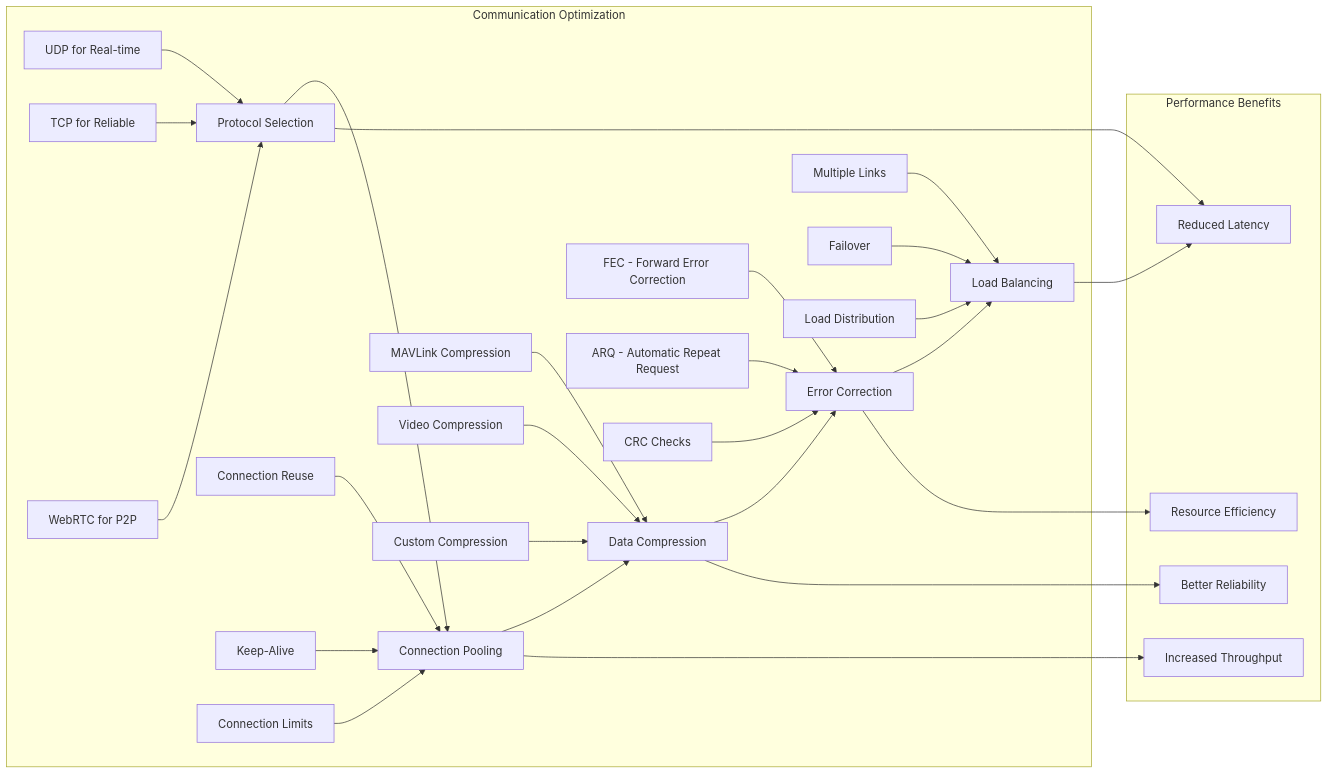
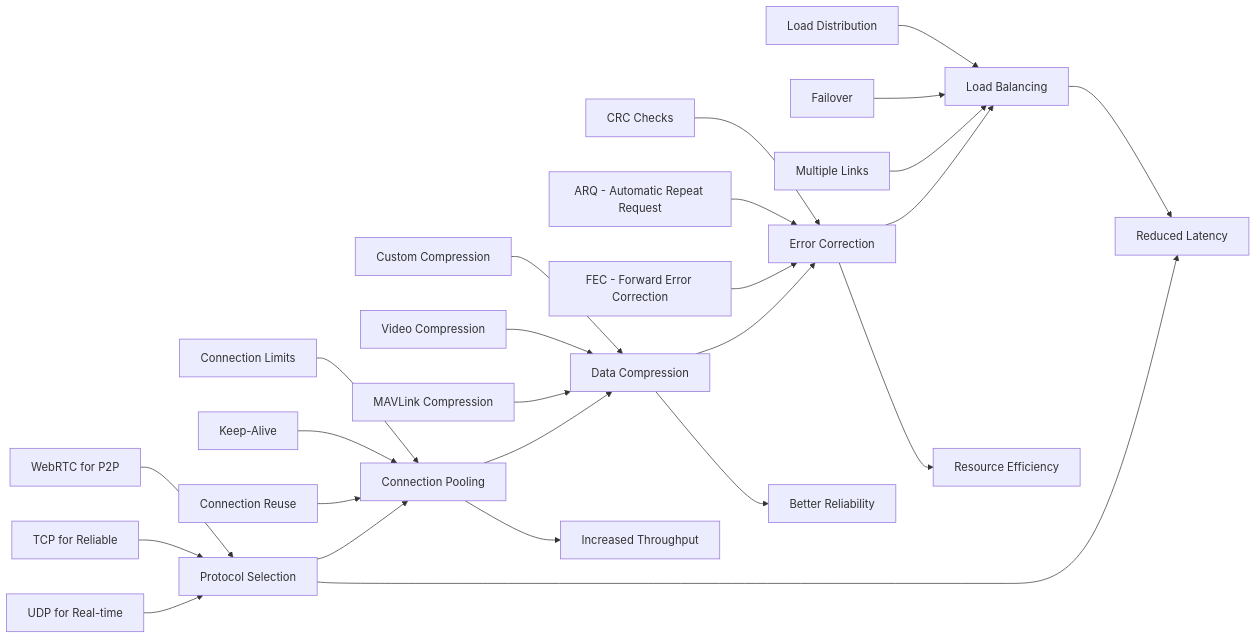
Before and after one commit to hsgang/qgroundcontrol: the seventh of 8 diagrams in QGroundControl_Data_Video_Architecture.md, drawn with Mermaid. The commit also changed other lines of this file, not shown here.

````diff
--- a/QGroundControl_Data_Video_Architecture.md
+++ b/QGroundControl_Data_Video_Architecture.md
@@ -506,42 +444,38 @@
 ```mermaid
 graph LR
-    subgraph "Communication Optimization"
-        A[Protocol Selection] --> B[Connection Pooling]
-        B --> C[Data Compression]
-        C --> D[Error Correction]
-        D --> E[Load Balancing]
-        
-        A1[UDP for Real-time] --> A
-        A2[TCP for Reliable] --> A
-        A3[WebRTC for P2P] --> A
-        
-        B1[Connection Reuse] --> B
-        B2[Keep-Alive] --> B
-        B3[Connection Limits] --> B
-        
-        C1[MAVLink Compression] --> C
-        C2[Video Compression] --> C
-        C3[Custom Compression] --> C
-        
-        D1[FEC - Forward Error Correction] --> D
-        D2[ARQ - Automatic Repeat Request] --> D
-        D3[CRC Checks] --> D
-        
-        E1[Multiple Links] --> E
-        E2[Failover] --> E
-        E3[Load Distribution] --> E
-    end
+    A[Protocol Selection] --> B[Connection Pooling]
+    B --> C[Data Compression]
+    C --> D[Error Correction]
+    D --> E[Load Balancing]
     
-    subgraph "Performance Benefits"
-        F[Reduced Latency]
-        G[Increased Throughput]
-        H[Better Reliability]
-        I[Resource Efficiency]
-    end
+    A1[UDP for Real-time] --> A
+    A2[TCP for Reliable] --> A
+    A3[WebRTC for P2P] --> A
+    
+    B1[Connection Reuse] --> B
+    B2[Keep-Alive] --> B
+    B3[Connection Limits] --> B
+    
+    C1[MAVLink Compression] --> C
+    C2[Video Compression] --> C
+    C3[Custom Compression] --> C
+    
+    D1[FEC - Forward Error Correction] --> D
+    D2[ARQ - Automatic Repeat Request] --> D
+    D3[CRC Checks] --> D
+    
+    E1[Multiple Links] --> E
+    E2[Failover] --> E
+    E3[Load Distribution] --> E
+    
+    F[Reduced Latency]
+    G[Increased Throughput]
+    H[Better Reliability]
+    I[Resource Efficiency]
     
     A --> F
     B --> G
     C --> H
     D --> I
     E --> F
 ```
````
